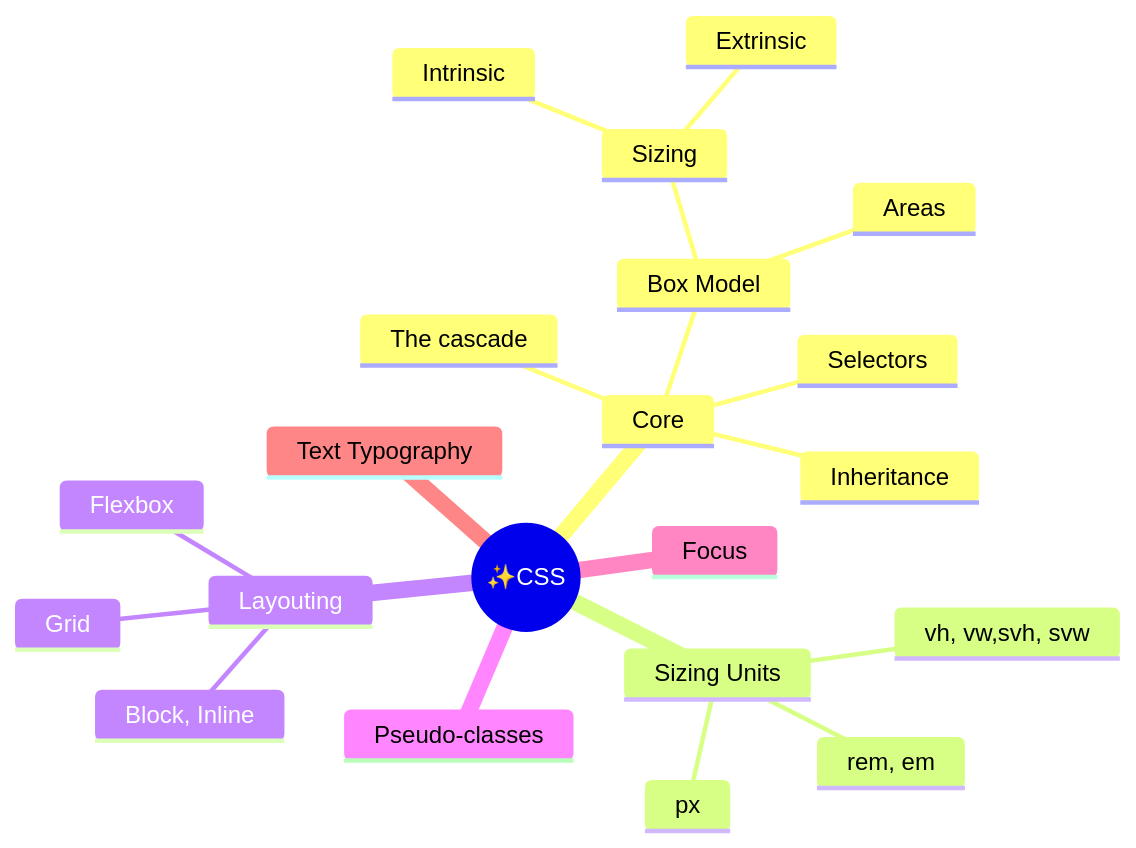
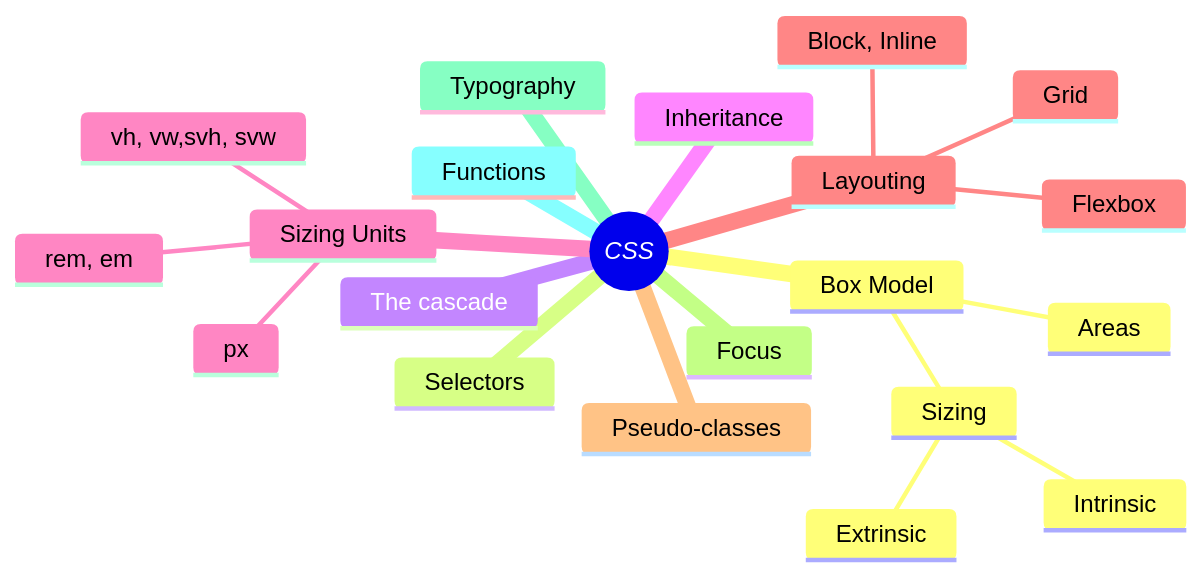
Before and after one commit to konstantindenerz/web-dev-101-slides: the diagram in slides.md, drawn with Mermaid. The commit also changed other lines of this file, not shown here.

````diff
--- a/slides.md
+++ b/slides.md
@@ -66,24 +66,24 @@
 ```mermaid
 mindmap
-    root((✨CSS)) 
-        Core
-            Box Model
-                Sizing
-                    Intrinsic
-                    Extrinsic
-                Areas
-            Selectors
-            The cascade
-            Inheritance
+    root((*CSS*)) 
+          Box Model
+              Sizing
+                  Intrinsic
+                  Extrinsic
+              Areas
+          Selectors
+          The cascade
+          Inheritance
         Sizing Units
             px
             rem, em
             vh, vw,svh, svw
         Layouting
             Block, Inline
             Flexbox
             Grid
         Pseudo-classes
         Focus
-        Text Typography
+        Typography
+        Functions
 ```
````
